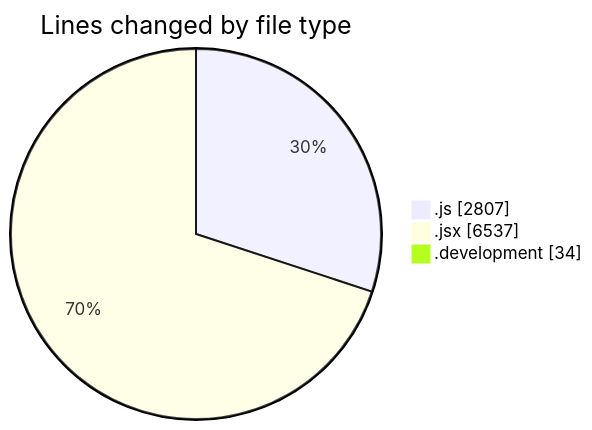
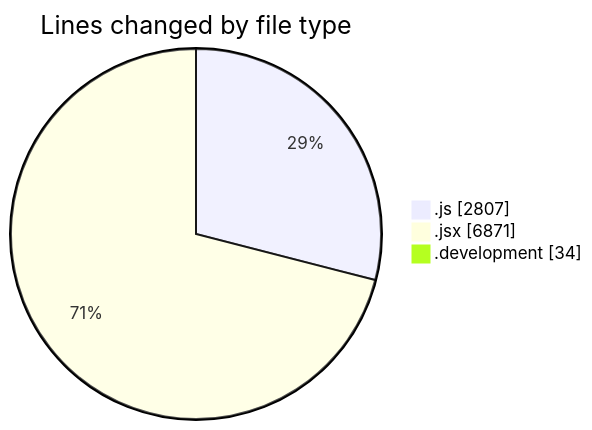
The first of 2 diagrams in 2025-09-18/nxtqube_webapp/README.md (nxtqubesakshisongat/code-tracking), drawn with Mermaid before and after one commit. The commit also changed other lines of this file and 1 other file, not shown here.

````diff
--- a/2025-09-18/nxtqube_webapp/README.md
+++ b/2025-09-18/nxtqube_webapp/README.md
@@ -42,7 +43,7 @@
 ```mermaid
 pie showData
 title Lines changed by file type
 ".js" : 2807
-".jsx" : 6537
+".jsx" : 6871
 ".development" : 34
 ```
````
